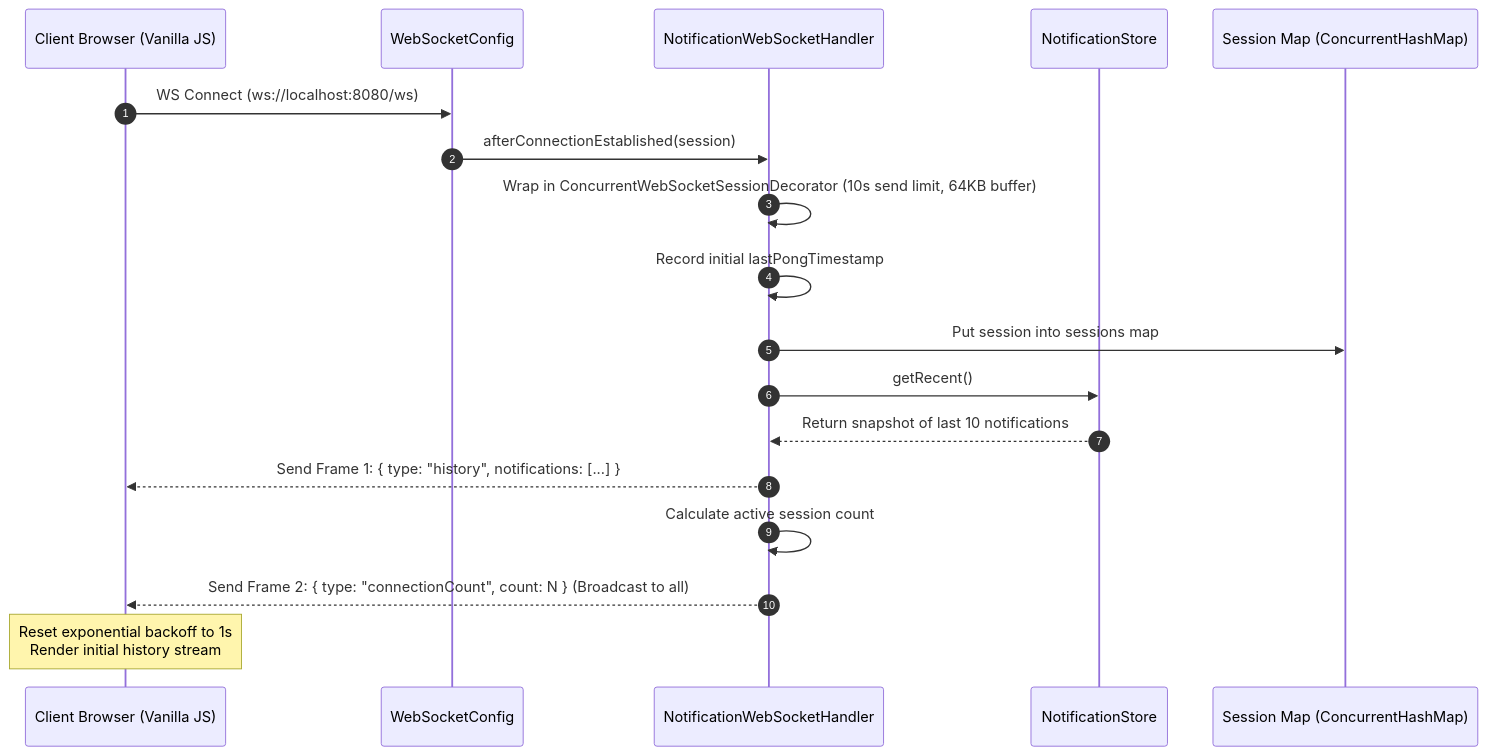
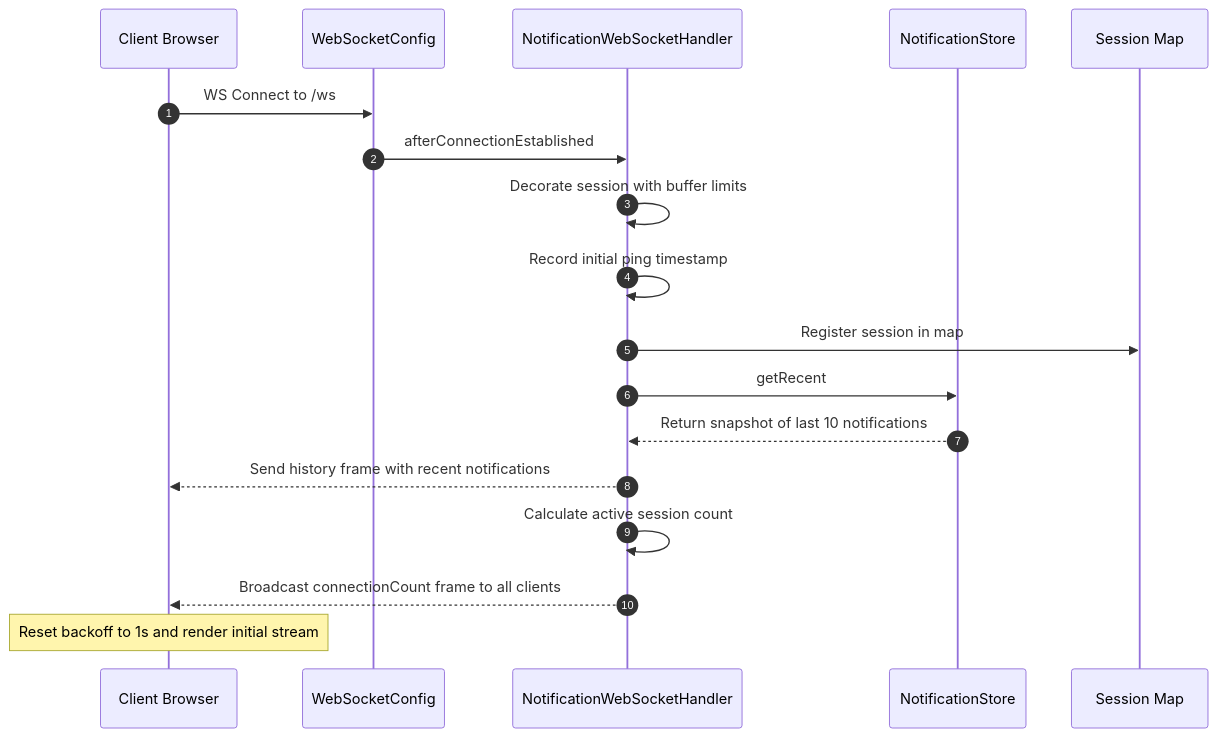
The second of 5 diagrams in WORKFLOW_AND_MEMORY.md (AtharvGhumtane/iRIS_Challenege), drawn with Mermaid before and after one commit. The commit also changed other lines of this file, not shown here.

Commit message:
fix(docs): sanitize mermaid diagrams for GitHub markdown renderer

````diff
--- a/WORKFLOW_AND_MEMORY.md
+++ b/WORKFLOW_AND_MEMORY.md
@@ -63,21 +63,21 @@
 ```mermaid
 sequenceDiagram
     autonumber
-    participant Browser as Client Browser (Vanilla JS)
+    participant Browser as Client Browser
     participant Config as WebSocketConfig
     participant Handler as NotificationWebSocketHandler
     participant Store as NotificationStore
-    participant Map as Session Map (ConcurrentHashMap)
+    participant Map as Session Map
 
-    Browser->>Config: WS Connect (ws://localhost:8080/ws)
-    Config->>Handler: afterConnectionEstablished(session)
-    Handler->>Handler: Wrap in ConcurrentWebSocketSessionDecorator (10s send limit, 64KB buffer)
-    Handler->>Handler: Record initial lastPongTimestamp
-    Handler->>Map: Put session into sessions map
-    Handler->>Store: getRecent()
+    Browser->>Config: WS Connect to /ws
+    Config->>Handler: afterConnectionEstablished
+    Handler->>Handler: Decorate session with buffer limits
+    Handler->>Handler: Record initial ping timestamp
+    Handler->>Map: Register session in map
+    Handler->>Store: getRecent
     Store-->>Handler: Return snapshot of last 10 notifications
-    Handler-->>Browser: Send Frame 1: { type: "history", notifications: [...] }
+    Handler-->>Browser: Send history frame with recent notifications
     Handler->>Handler: Calculate active session count
-    Handler-->>Browser: Send Frame 2: { type: "connectionCount", count: N } (Broadcast to all)
-    Note over Browser: Reset exponential backoff to 1s<br/>Render initial history stream
+    Handler-->>Browser: Broadcast connectionCount frame to all clients
+    Note over Browser: Reset backoff to 1s and render initial stream
 ```
````
